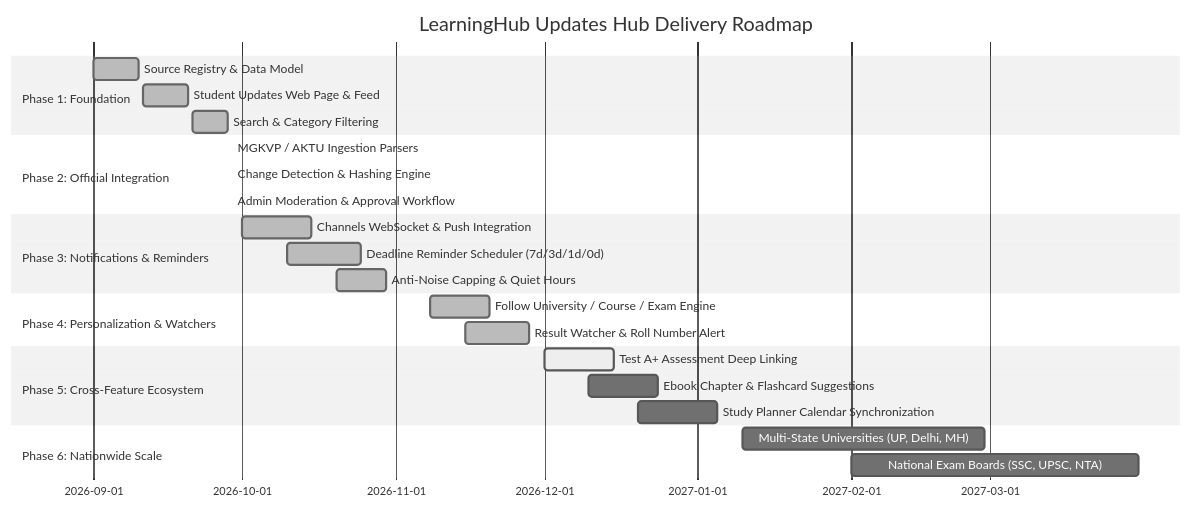
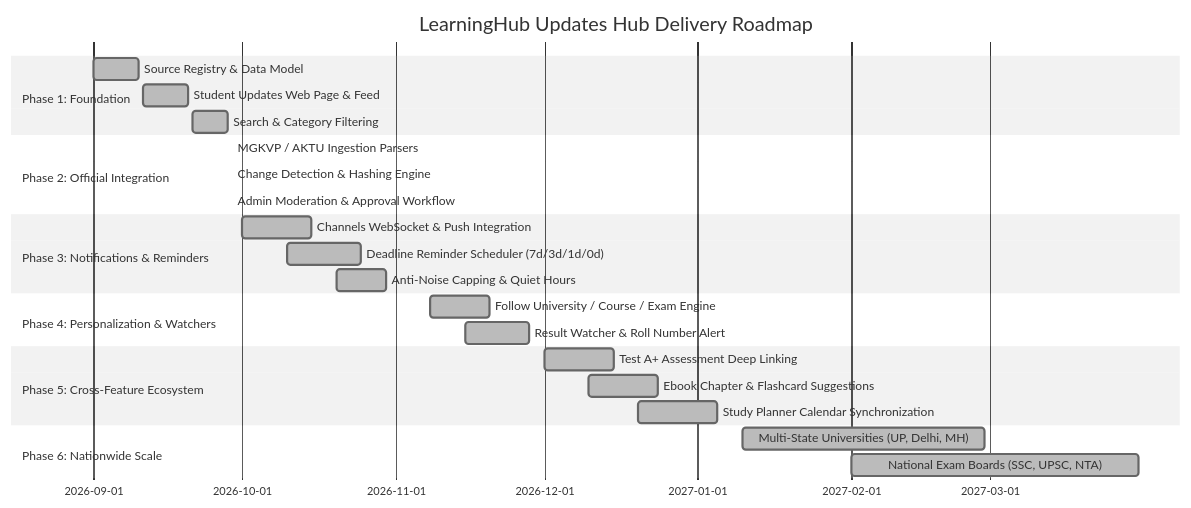
One commit to Pritamchaurasiya/Learning_Hub changed the diagram in UPDATE_ROADMAP.md. Above: the diagram before and after it, drawn with Mermaid (neutral theme). The commit also changed other lines of this file and 205 other files, not shown here.

Commit message:
feat(conductor-docs): add architecture specifications, CI workflows, and conductor service parity tests

````diff
--- a/UPDATE_ROADMAP.md
+++ b/UPDATE_ROADMAP.md
@@ -10,27 +10,27 @@
 ```mermaid
 gantt
     title LearningHub Updates Hub Delivery Roadmap
     dateFormat  YYYY-MM-DD
     section Phase 1: Foundation
     Source Registry & Data Model            :done, p1_1, 2026-09-01, 2026-09-10
     Student Updates Web Page & Feed         :done, p1_2, 2026-09-11, 2026-09-20
     Search & Category Filtering             :done, p1_3, 2026-09-21, 2026-09-28
     section Phase 2: Official Integration
     MGKVP / AKTU Ingestion Parsers          :done, p2_1, 2026-09-29, 2026-09-29
     Change Detection & Hashing Engine       :done, p2_2, 2026-09-29, 2026-09-29
     Admin Moderation & Approval Workflow    :done, p2_3, 2026-09-29, 2026-09-29
     section Phase 3: Notifications & Reminders
     Channels WebSocket & Push Integration   :done, p3_1, 2026-10-01, 2026-10-15
     Deadline Reminder Scheduler (7d/3d/1d/0d):done, p3_2, 2026-10-10, 2026-10-25
     Anti-Noise Capping & Quiet Hours        :done, p3_3, 2026-10-20, 2026-10-30
     section Phase 4: Personalization & Watchers
     Follow University / Course / Exam Engine:done, p4_1, 2026-11-08, 2026-11-20
     Result Watcher & Roll Number Alert      :done, p4_2, 2026-11-15, 2026-11-28
     section Phase 5: Cross-Feature Ecosystem
-    Test A+ Assessment Deep Linking         :active, p5_1, 2026-12-01, 2026-12-15
-    Ebook Chapter & Flashcard Suggestions   :p5_2, 2026-12-10, 2026-12-24
-    Study Planner Calendar Synchronization  :p5_3, 2026-12-20, 2027-01-05
+    Test A+ Assessment Deep Linking         :done, p5_1, 2026-12-01, 2026-12-15
+    Ebook Chapter & Flashcard Suggestions   :done, p5_2, 2026-12-10, 2026-12-24
+    Study Planner Calendar Synchronization  :done, p5_3, 2026-12-20, 2027-01-05
     section Phase 6: Nationwide Scale
-    Multi-State Universities (UP, Delhi, MH):p6_1, 2027-01-10, 2027-02-28
-    National Exam Boards (SSC, UPSC, NTA)   :p6_2, 2027-02-01, 2027-03-31
+    Multi-State Universities (UP, Delhi, MH):done, p6_1, 2027-01-10, 2027-02-28
+    National Exam Boards (SSC, UPSC, NTA)   :done, p6_2, 2027-02-01, 2027-03-31
 ```
````
